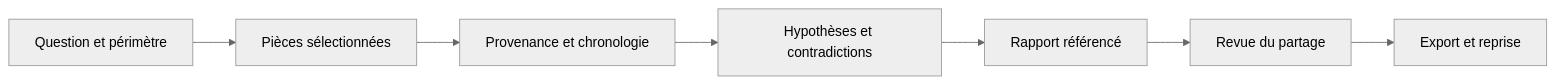
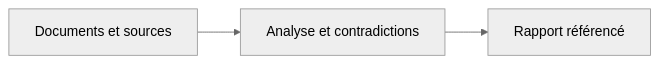
One commit to OSINT-Forge-Community/osint-forge-skills changed the diagram in README.fr.md. Above: the diagram before and after it, drawn with Mermaid (neutral theme). The commit also changed other lines of this file and 48 other files, not shown here.

````diff
--- a/README.fr.md
+++ b/README.fr.md
@@ -286,9 +42,5 @@
 ```mermaid
 flowchart LR
-   A[Question et périmètre] --> B[Pièces sélectionnées]
-   B --> C[Provenance et chronologie]
-   C --> D[Hypothèses et contradictions]
-   D --> E[Rapport référencé]
-   E --> F[Revue du partage]
-   F --> G[Export et reprise]
+    A[Documents et sources] --> B[Analyse et contradictions]
+    B --> C[Rapport référencé]
 ```
````
